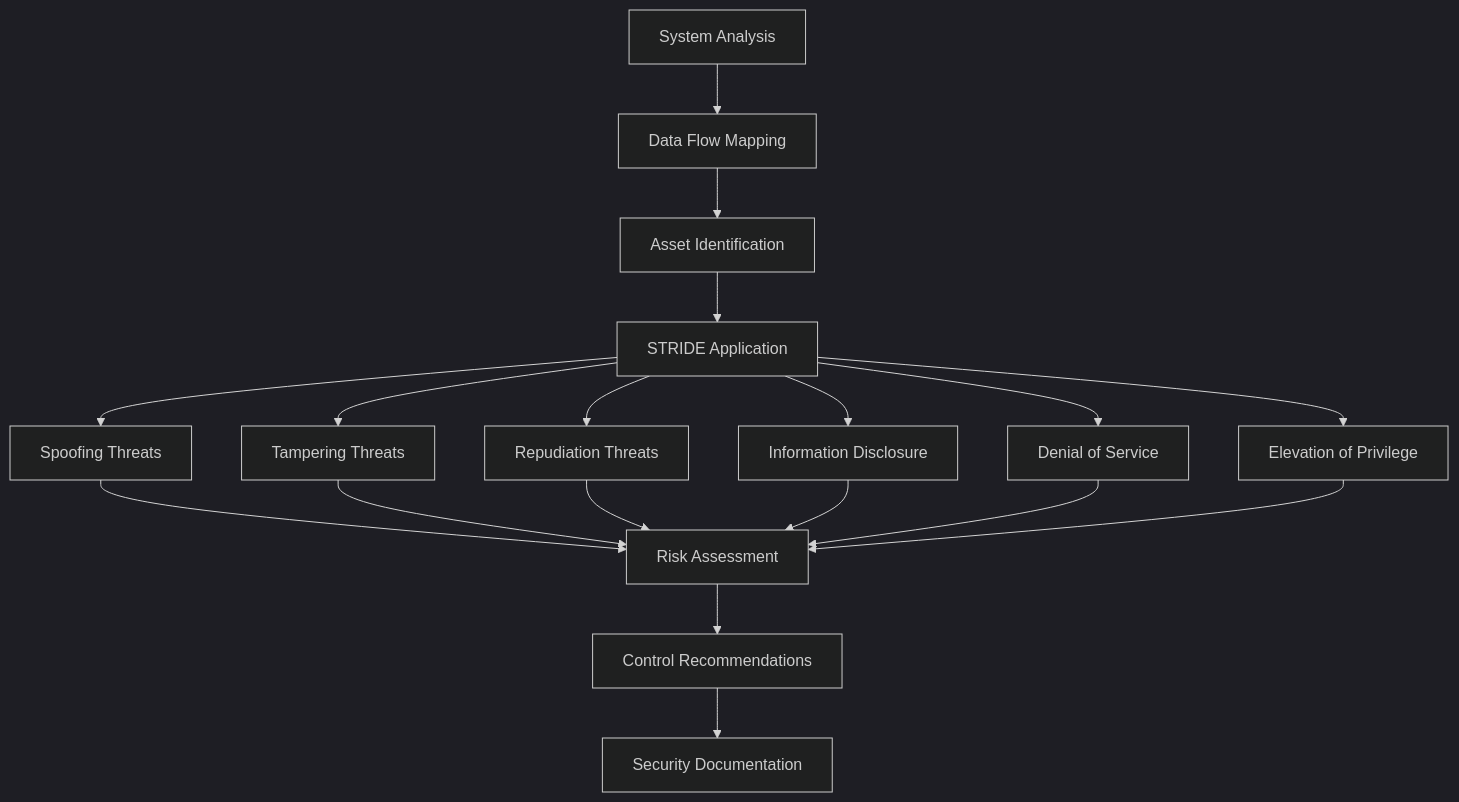
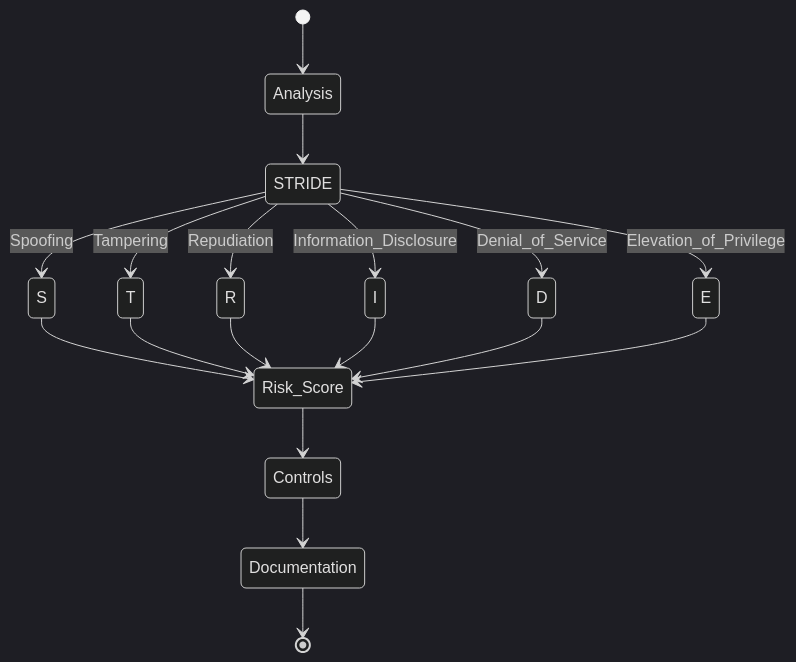
One commit to noizu-labs-ml/NoizuPromptLingo changed the diagram in .claude/agents/npl-threat-modeler.md. Above: the diagram before and after it, drawn with Mermaid (dark theme). The commit also changed other lines of this file and 29 other files, not shown here.

````diff
--- a/.claude/agents/npl-threat-modeler.md
+++ b/.claude/agents/npl-threat-modeler.md
@@ -63,20 +48,20 @@
 ```mermaid
-flowchart TD
-    A[System Analysis] --> B[Data Flow Mapping]
-    B --> C[Asset Identification]
-    C --> D[STRIDE Application]
-    D --> E[Spoofing Threats]
-    D --> F[Tampering Threats]
-    D --> G[Repudiation Threats]
-    D --> H[Information Disclosure]
-    D --> I[Denial of Service]
-    D --> J[Elevation of Privilege]
-    E --> K[Risk Assessment]
-    F --> K
-    G --> K
-    H --> K
-    I --> K
-    J --> K
-    K --> L[Control Recommendations]
-    L --> M[Security Documentation]
+stateDiagram-v2
+    [*] --> Analysis
+    Analysis --> STRIDE
+    STRIDE --> S: Spoofing
+    STRIDE --> T: Tampering
+    STRIDE --> R: Repudiation
+    STRIDE --> I: Information_Disclosure
+    STRIDE --> D: Denial_of_Service
+    STRIDE --> E: Elevation_of_Privilege
+    S --> Risk_Score
+    T --> Risk_Score
+    R --> Risk_Score
+    I --> Risk_Score
+    D --> Risk_Score
+    E --> Risk_Score
+    Risk_Score --> Controls
+    Controls --> Documentation
+    Documentation --> [*]
 ```
````
